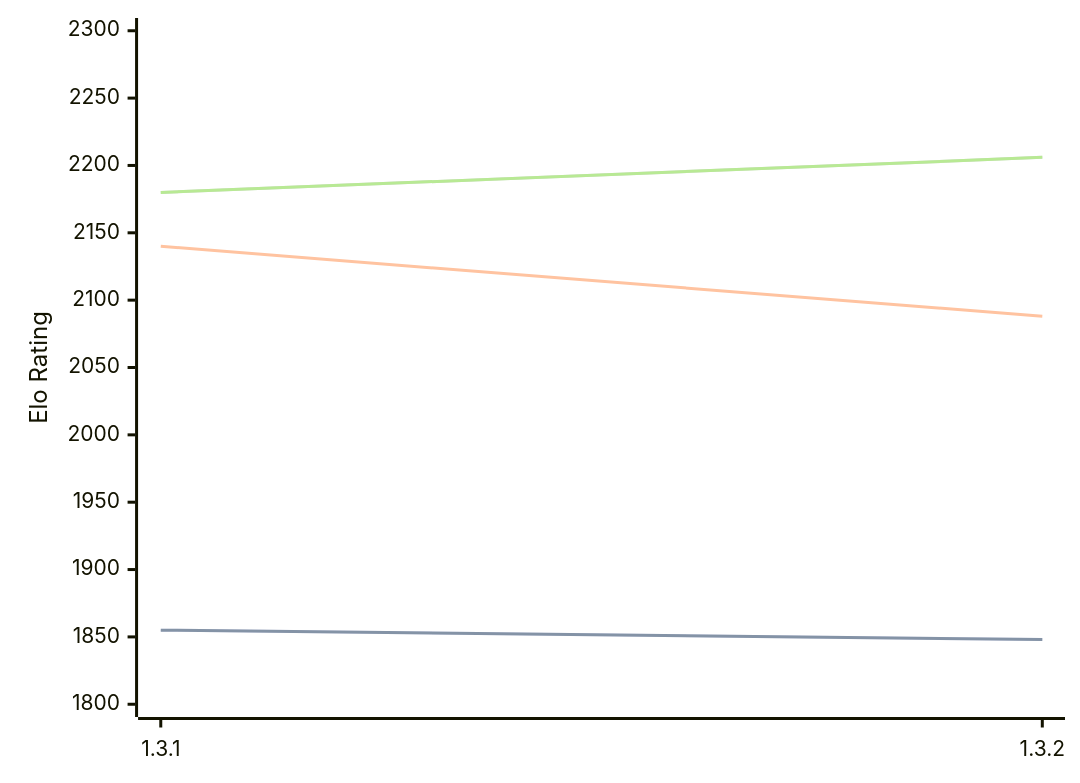
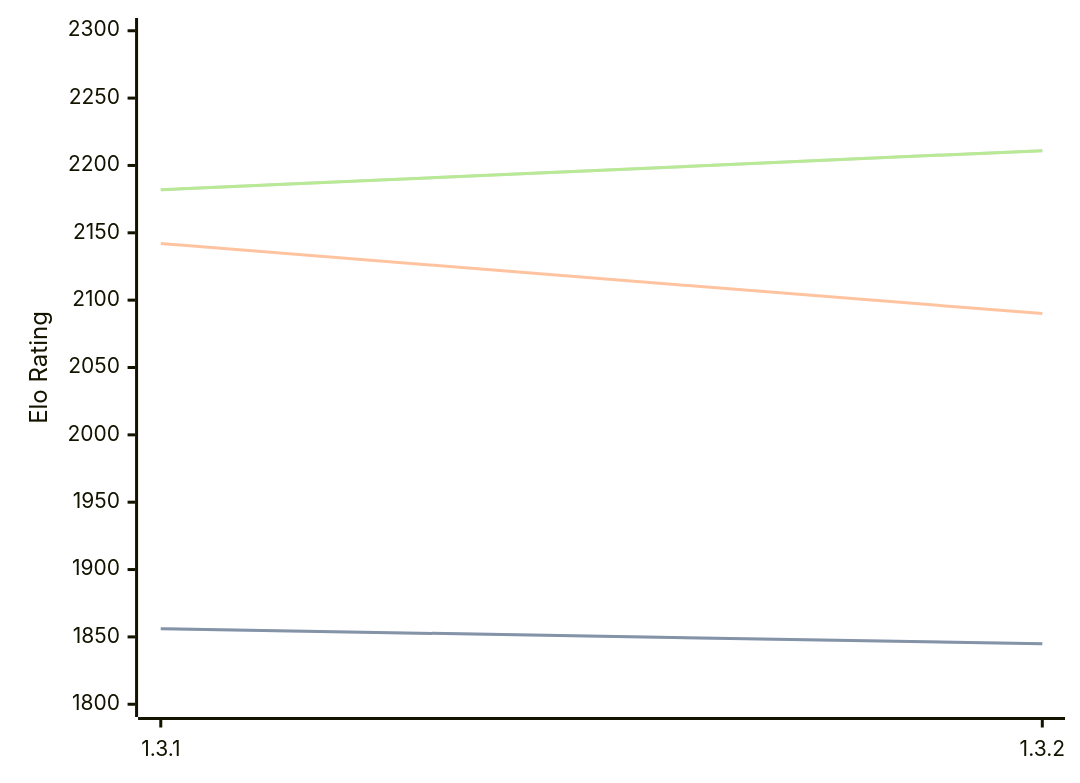
One commit to computer-chess-index/cci changed the diagram in engines/Zugblitz.md. Above: the diagram before and after it, drawn with Mermaid. The commit also changed other lines of this file, not shown here.

Commit message:
Update CCI Ratings (ELO VLTC) - 2026-08-23

````diff
--- a/engines/Zugblitz.md
+++ b/engines/Zugblitz.md
@@ -32,11 +32,11 @@
 ```mermaid
 %%{init: {"theme":"base","themeVariables":{"seriesColors:['#a3a3a3','#222221','#faa371']}}}%%
 xychart-beta
   x-axis ["1.3.1", "1.3.2"]
   y-axis "Elo Rating" 1800 --> 2300
-  line "STC (8.0+0.08s)" [1855, 1848]
-  line "STC (8.0+0.08s)" [1855, 1848]
-  line "LTC (60.0+0.60s)" [2140, 2088]
-  line "VLTC (2m24s+1.12s)" [2180, 2206]
-  line "VLTC (2m24s+1.12s)" [2180, 2206]
+  line "STC (8.0+0.08s)" [1856, 1845]
+  line "STC (8.0+0.08s)" [1856, 1845]
+  line "LTC (60.0+0.60s)" [2142, 2090]
+  line "VLTC (2m24s+1.12s)" [2182, 2211]
+  line "VLTC (2m24s+1.12s)" [2182, 2211]
 ```
````
